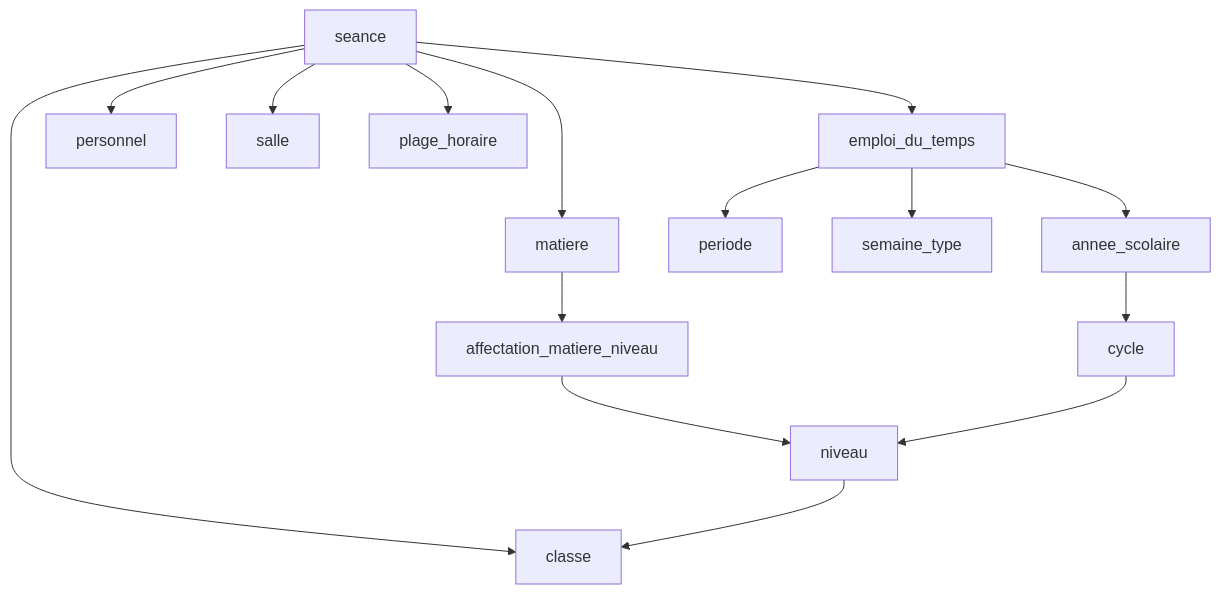
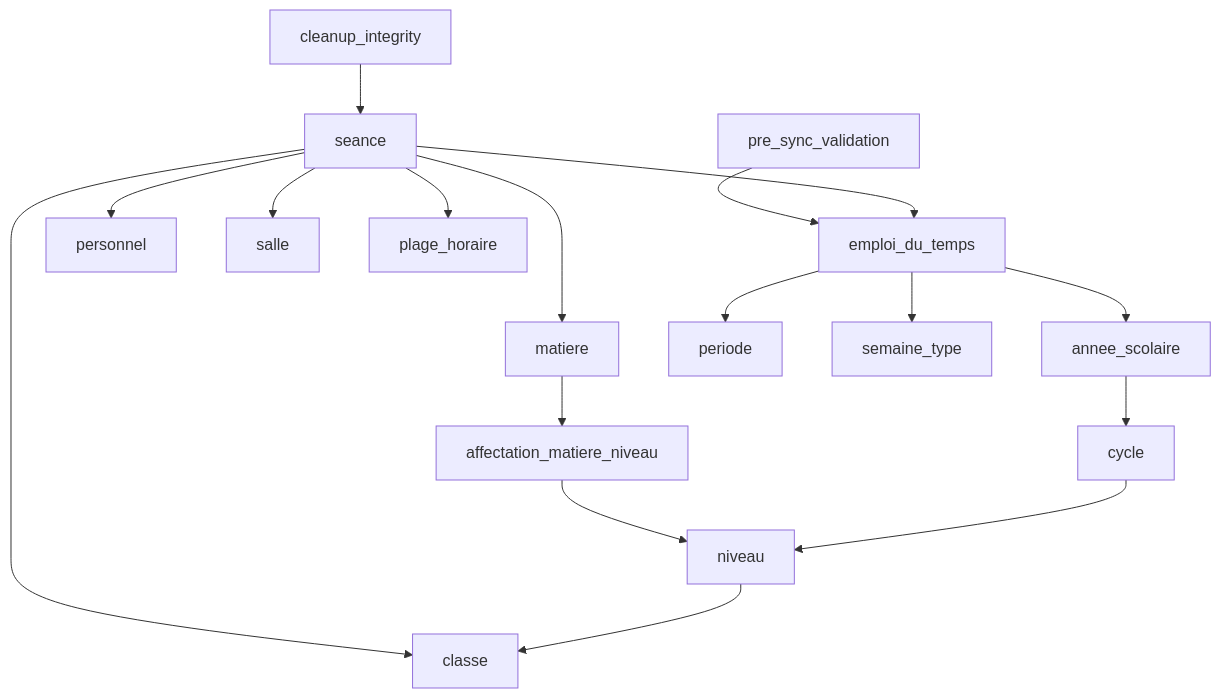
The fifth of 7 diagrams in .qoder/repowiki/en/content/Database Schema Design/Academic Schema/Class & Scheduling System.md (franckylab/eLISAschool), drawn with Mermaid before and after one commit. The commit also changed other lines of this file and 49 other files, not shown here.

````diff
--- a/.qoder/repowiki/en/content/Database Schema Design/Academic Schema/Class & Scheduling System.md
+++ b/.qoder/repowiki/en/content/Database Schema Design/Academic Schema/Class & Scheduling System.md
@@ -434,17 +514,19 @@
 ```mermaid
 graph TB
 AS["annee_scolaire"] --> CY["cycle"]
 CY --> NV["niveau"]
 NV --> CL["classe"]
 MT["matiere"] --> AMN["affectation_matiere_niveau"]
 AMN --> NV
 EDT["emploi_du_temps"] --> PER["periode"]
 EDT --> ST["semaine_type"]
 EDT --> AS
 SE["seance"] --> EDT
 SE --> CL
 SE --> MT
 SE --> PE["personnel"]
 SE --> SA["salle"]
 SE --> PH["plage_horaire"]
+CI["cleanup_integrity"] --> SE
+PS["pre_sync_validation"] --> EDT
 ```
````
